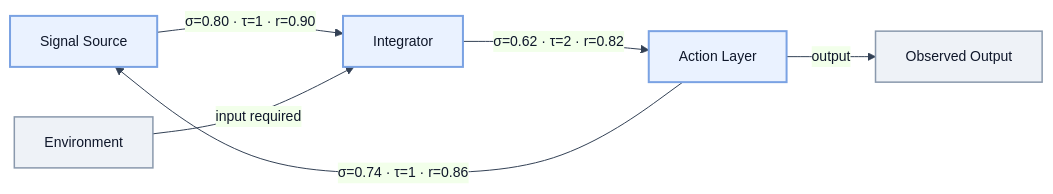
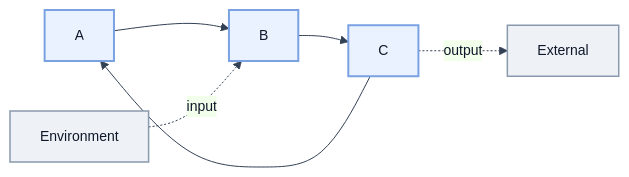
The first of 2 diagrams in docs/theory/01_5_causors.md (ianderrington/epiphysics), drawn with Mermaid before and after one commit. The commit also changed other lines of this file, not shown here.

````diff
--- a/docs/theory/01_5_causors.md
+++ b/docs/theory/01_5_causors.md
@@ -302,16 +305,16 @@
 ```mermaid
 %%{init: {'theme': 'base', 'themeVariables': { 'primaryColor': '#EAF2FF', 'primaryTextColor': '#0F172A', 'primaryBorderColor': '#7AA2E3', 'lineColor': '#334155', 'fontSize': '14px'}}}%%
 flowchart LR
-  A[Signal Source] -->|σ=0.80 · τ=1 · r=0.90| B[Integrator]
-  B -->|σ=0.62 · τ=2 · r=0.82| C[Action Layer]
-  C -->|σ=0.74 · τ=1 · r=0.86| A
+  A[A] --> B[B]
+  B --> C[C]
+  C --> A
 
-  D[Environment] -->|input required| B
-  C -->|output| E[Observed Output]
+  D[Environment] -.->|input| B
+  C -.->|output| E[External]
 
   classDef core fill:#EAF2FF,stroke:#7AA2E3,stroke-width:2px,color:#0F172A;
   classDef ext fill:#EEF2F7,stroke:#8A99AD,stroke-width:1.5px,color:#0F172A;
 
   class A,B,C core;
   class D,E ext;
 ```
````
